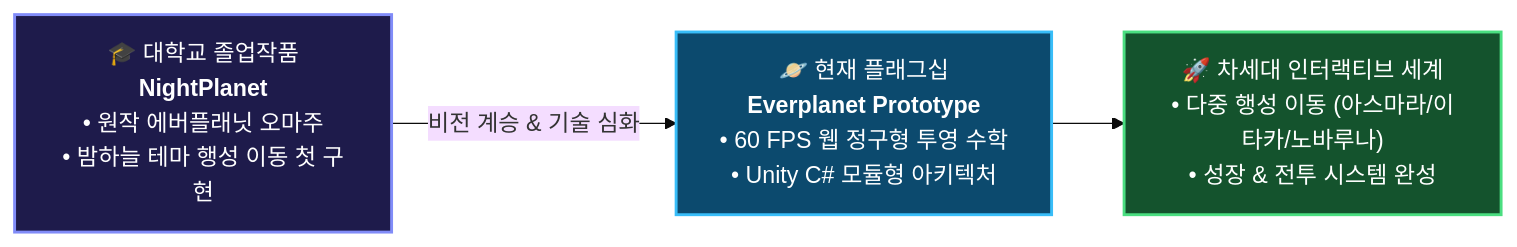
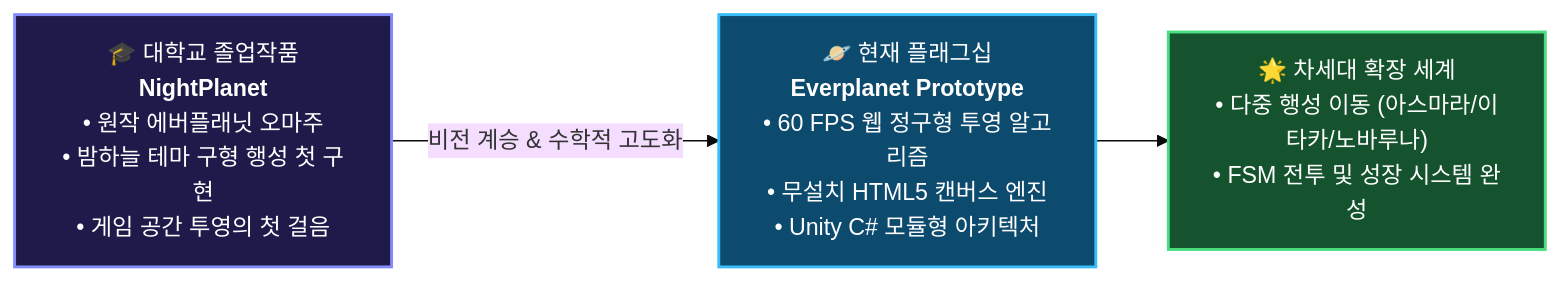
Before and after one commit to kri2126/kri2126: the diagram in README.md, drawn with Mermaid (base theme). The commit also changed other lines of this file, not shown here.

Commit message:
feat: Update profile README (Replace Callram with NightPlanet capstone project)

````diff
--- a/README.md
+++ b/README.md
@@ -105,9 +107,9 @@
 ```mermaid
 flowchart LR
-    A["🎓 대학교 졸업작품<br><b>NightPlanet</b><br>• 원작 에버플래닛 오마주<br>• 밤하늘 테마 행성 이동 첫 구현"] -->|비전 계승 & 기술 심화| B["🪐 현재 플래그십<br><b>Everplanet Prototype</b><br>• 60 FPS 웹 정구형 투영 수학<br>• Unity C# 모듈형 아키텍처"]
-    B --> C["🚀 차세대 인터랙티브 세계<br>• 다중 행성 이동 (아스마라/이타카/노바루나)<br>• 성장 & 전투 시스템 완성"]
+    A["🎓 대학교 졸업작품<br><b>NightPlanet</b><br>• 원작 에버플래닛 오마주<br>• 밤하늘 테마 구형 행성 첫 구현<br>• 게임 공간 투영의 첫 걸음"] -->|비전 계승 & 수학적 고도화| B["🪐 현재 플래그십<br><b>Everplanet Prototype</b><br>• 60 FPS 웹 정구형 투영 알고리즘<br>• 무설치 HTML5 캔버스 엔진<br>• Unity C# 모듈형 아키텍처"]
+    B --> C["🌟 차세대 확장 세계<br>• 다중 행성 이동 (아스마라/이타카/노바루나)<br>• FSM 전투 및 성장 시스템 완성"]
     
     style A fill:#1e1b4b,stroke:#818cf8,stroke-width:2px,color:#fff
     style B fill:#0c4a6e,stroke:#38bdf8,stroke-width:2px,color:#fff
     style C fill:#14532d,stroke:#4ade80,stroke-width:2px,color:#fff
 ```
````
